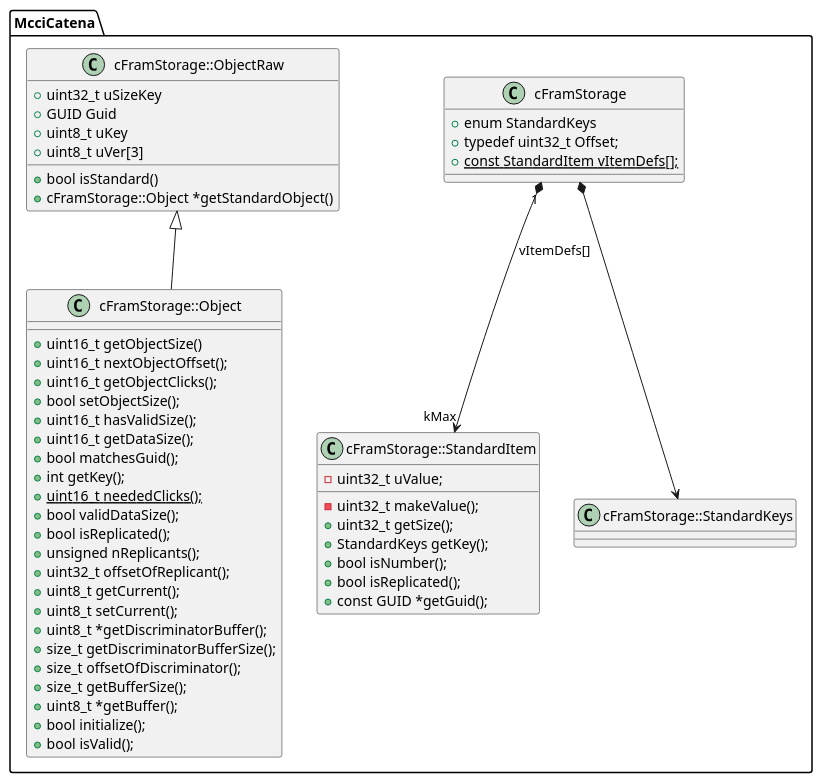
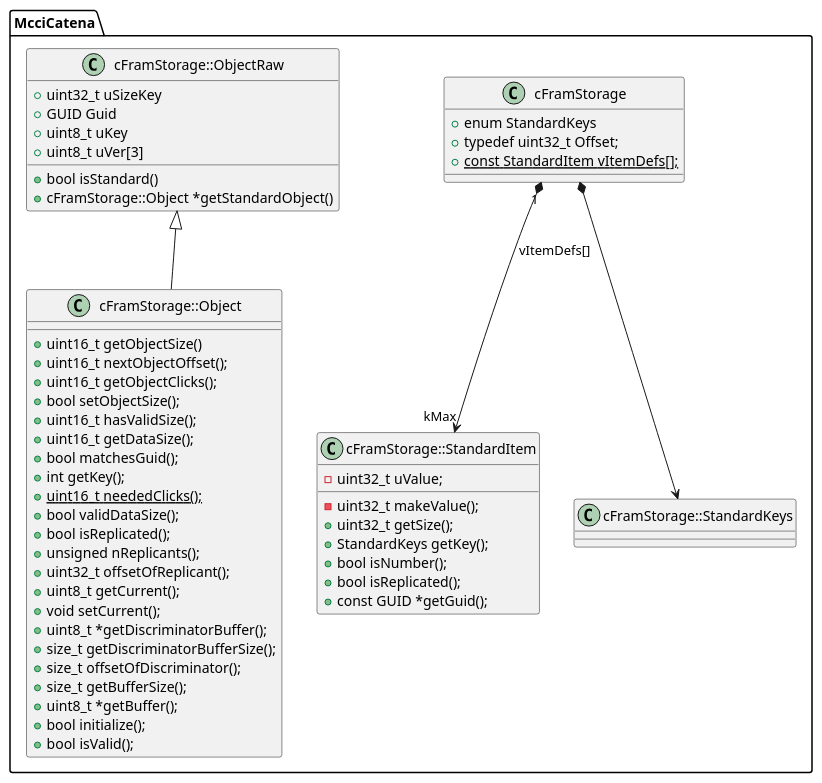
One commit to mcci-catena/Catena-Arduino-Platform changed the diagram in assets/cFramStorage.plantuml. Above: the diagram before and after it, drawn with PlantUML. The commit also changed 1 other file, not shown here.

Commit message:
Fix #143: cFramStorage::setCurrent() should be void

```diff
--- a/assets/cFramStorage.plantuml
+++ b/assets/cFramStorage.plantuml
@@ -1,67 +1,67 @@
 @startuml "cFramStorage hierarchy"
 /' PlantUML image for FRAM
 '/
 namespace McciCatena {
 
 class cFramStorage {
   +enum StandardKeys
   +typedef uint32_t Offset;
   +{static}const StandardItem vItemDefs[];
   
 }
 
 class cFramStorage::StandardItem {
   -uint32_t makeValue();
   +uint32_t getSize();
   +StandardKeys getKey();
   +bool isNumber();
   +bool isReplicated();
   +const GUID *getGuid();
   -uint32_t uValue;
 }
 
 class cFramStorage::ObjectRaw {
   +uint32_t uSizeKey
   +GUID Guid
   +uint8_t uKey
   +uint8_t uVer[3]
   +bool isStandard()
   +cFramStorage::Object *getStandardObject()
 }
 
 class cFramStorage::Object {
   +uint16_t getObjectSize()
   +uint16_t nextObjectOffset();
   +uint16_t getObjectClicks();
   +bool setObjectSize();
   +uint16_t hasValidSize();
   +uint16_t getDataSize();
   +bool matchesGuid();
   +int getKey();
   +{static}uint16_t neededClicks();
   +bool validDataSize();
   +bool isReplicated();
   +unsigned nReplicants();
   +uint32_t offsetOfReplicant();
   +uint8_t getCurrent();
-  +uint8_t setCurrent();
+  +void setCurrent();
   +uint8_t *getDiscriminatorBuffer();
   +size_t getDiscriminatorBufferSize();
   +size_t offsetOfDiscriminator();
   +size_t getBufferSize();
   +uint8_t *getBuffer();
   +bool initialize();
   +bool isValid();
 }
 
 cFramStorage "1" *--> "kMax" cFramStorage::StandardItem : vItemDefs[]
 
 class cFramStorage::StandardKeys
 
 cFramStorage *--> cFramStorage::StandardKeys
 
 cFramStorage::ObjectRaw <|-- "cFramStorage::Object"
 
 
 }
 @enduml
```
